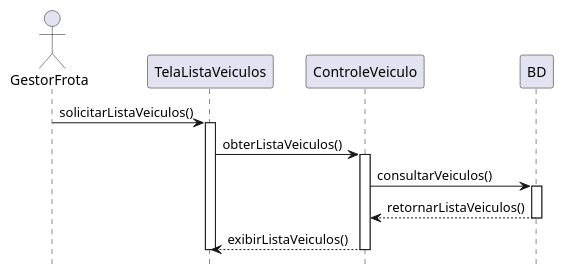
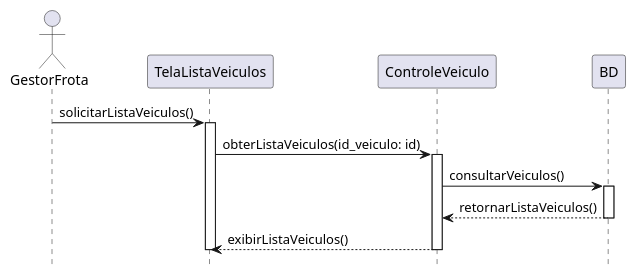
One commit to Pollyanadias/Sistema-de-Gerenciamento-de-Frotas changed the diagram in Gerenciamento de Frotas/Diagramas de Sequencias/Listar Veiculos.iuml. Above: the diagram before and after it, drawn with PlantUML.

Commit message:
Update Listar Veiculos.iuml

```diff
--- a/Gerenciamento de Frotas/Diagramas de Sequencias/Listar Veiculos.iuml
+++ b/Gerenciamento de Frotas/Diagramas de Sequencias/Listar Veiculos.iuml
@@ -1,25 +1,25 @@
 @startuml "Listar Veículos"
 hide footbox
 
 actor GestorFrota as gestor_ator
 participant TelaListaVeiculos as tela_lista_veiculos
 participant ControleVeiculo as controle_veiculo
 participant BD as bd
 
 gestor_ator -> tela_lista_veiculos: solicitarListaVeiculos()
 activate tela_lista_veiculos
 
-tela_lista_veiculos -> controle_veiculo: obterListaVeiculos()
+tela_lista_veiculos -> controle_veiculo: obterListaVeiculos(id_veiculo: id)
 activate controle_veiculo
 
 controle_veiculo -> bd: consultarVeiculos()
 activate bd
 
 bd --> controle_veiculo: retornarListaVeiculos()
 deactivate bd
 
 controle_veiculo --> tela_lista_veiculos: exibirListaVeiculos()
 deactivate controle_veiculo
 
 deactivate tela_lista_veiculos
 @enduml
```
